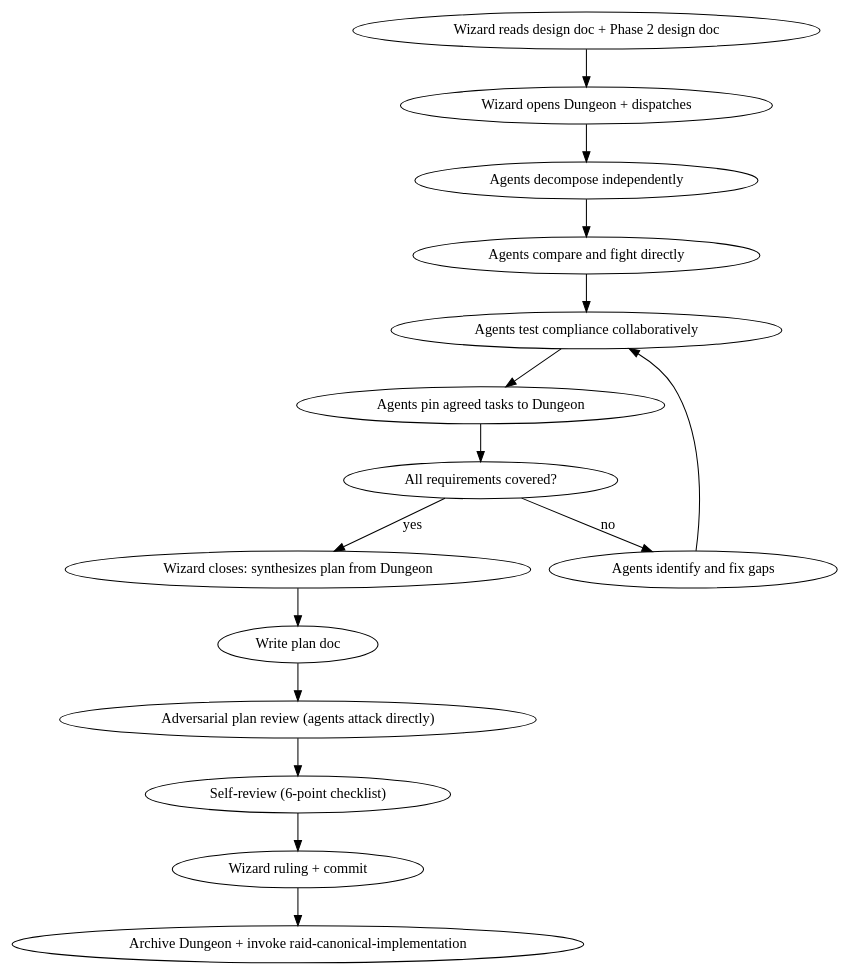
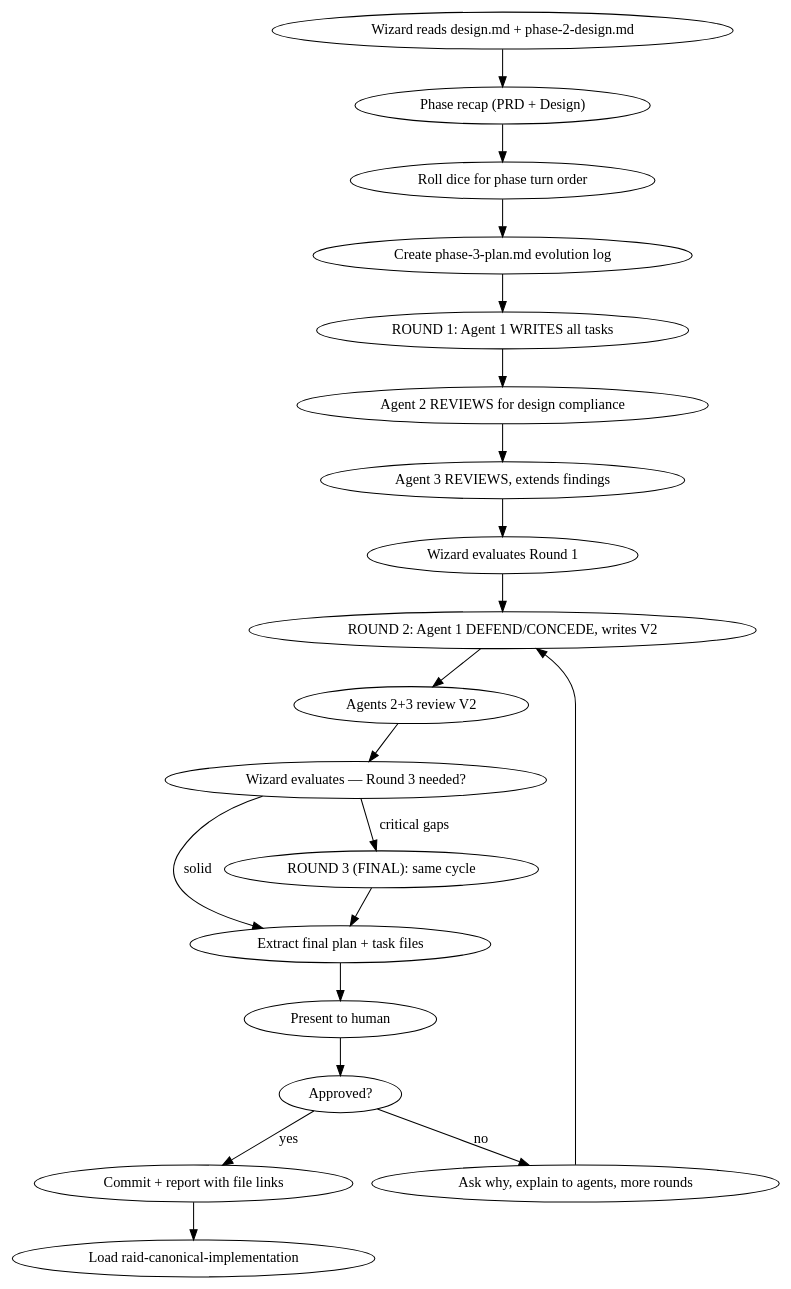
One commit to pedropicardi/claude-raid changed the diagram in template/.claude/skills/raid-canonical-implementation-plan/SKILL.md. Above: the diagram before and after it, drawn with Graphviz. The commit also changed other lines of this file and 1 other file, not shown here.

Commit message:
feat(skills): update Plan and Implementation paths to phases/, spoils/tasks/

````diff
--- a/template/.claude/skills/raid-canonical-implementation-plan/SKILL.md
+++ b/template/.claude/skills/raid-canonical-implementation-plan/SKILL.md
@@ -22,18 +16,22 @@
 ```dot
 digraph plan {
-  "Wizard reads design doc + Phase 2 design doc" -> "Wizard opens Dungeon + dispatches";
-  "Wizard opens Dungeon + dispatches" -> "Agents decompose independently";
-  "Agents decompose independently" -> "Agents compare and fight directly";
-  "Agents compare and fight directly" -> "Agents test compliance collaboratively";
-  "Agents test compliance collaboratively" -> "Agents pin agreed tasks to Dungeon";
-  "Agents pin agreed tasks to Dungeon" -> "All requirements covered?" [shape=diamond];
-  "All requirements covered?" -> "Agents identify and fix gaps" [label="no"];
-  "Agents identify and fix gaps" -> "Agents test compliance collaboratively";
-  "All requirements covered?" -> "Wizard closes: synthesizes plan from Dungeon" [label="yes"];
-  "Wizard closes: synthesizes plan from Dungeon" -> "Write plan doc";
-  "Write plan doc" -> "Adversarial plan review (agents attack directly)";
-  "Adversarial plan review (agents attack directly)" -> "Self-review (6-point checklist)";
-  "Self-review (6-point checklist)" -> "Wizard ruling + commit";
-  "Wizard ruling + commit" -> "Archive Dungeon + invoke raid-canonical-implementation" [shape=doublecircle];
+  "Wizard reads design.md + phase-2-design.md" -> "Phase recap (PRD + Design)";
+  "Phase recap (PRD + Design)" -> "Roll dice for phase turn order";
+  "Roll dice for phase turn order" -> "Create phase-3-plan.md evolution log";
+  "Create phase-3-plan.md evolution log" -> "ROUND 1: Agent 1 WRITES all tasks";
+  "ROUND 1: Agent 1 WRITES all tasks" -> "Agent 2 REVIEWS for design compliance";
+  "Agent 2 REVIEWS for design compliance" -> "Agent 3 REVIEWS, extends findings";
+  "Agent 3 REVIEWS, extends findings" -> "Wizard evaluates Round 1";
+  "Wizard evaluates Round 1" -> "ROUND 2: Agent 1 DEFEND/CONCEDE, writes V2";
+  "ROUND 2: Agent 1 DEFEND/CONCEDE, writes V2" -> "Agents 2+3 review V2";
+  "Agents 2+3 review V2" -> "Wizard evaluates — Round 3 needed?" [shape=diamond];
+  "Wizard evaluates — Round 3 needed?" -> "ROUND 3 (FINAL): same cycle" [label="critical gaps"];
+  "Wizard evaluates — Round 3 needed?" -> "Extract final plan + task files" [label="solid"];
+  "ROUND 3 (FINAL): same cycle" -> "Extract final plan + task files";
+  "Extract final plan + task files" -> "Present to human" -> "Approved?" [shape=diamond];
+  "Approved?" -> "Ask why, explain to agents, more rounds" [label="no"];
+  "Ask why, explain to agents, more rounds" -> "ROUND 2: Agent 1 DEFEND/CONCEDE, writes V2";
+  "Approved?" -> "Commit + report with file links" [label="yes"];
+  "Commit + report with file links" -> "Load raid-canonical-implementation" [shape=doublecircle];
 }
 ```
````
